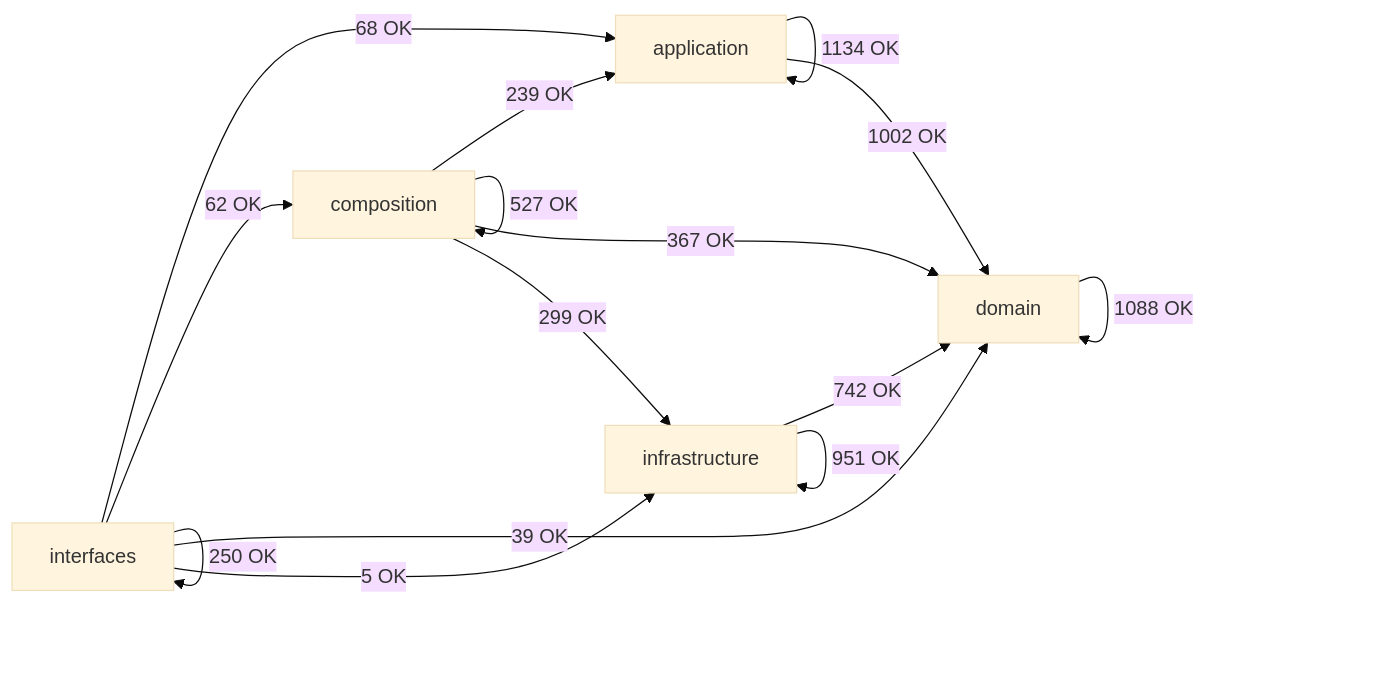
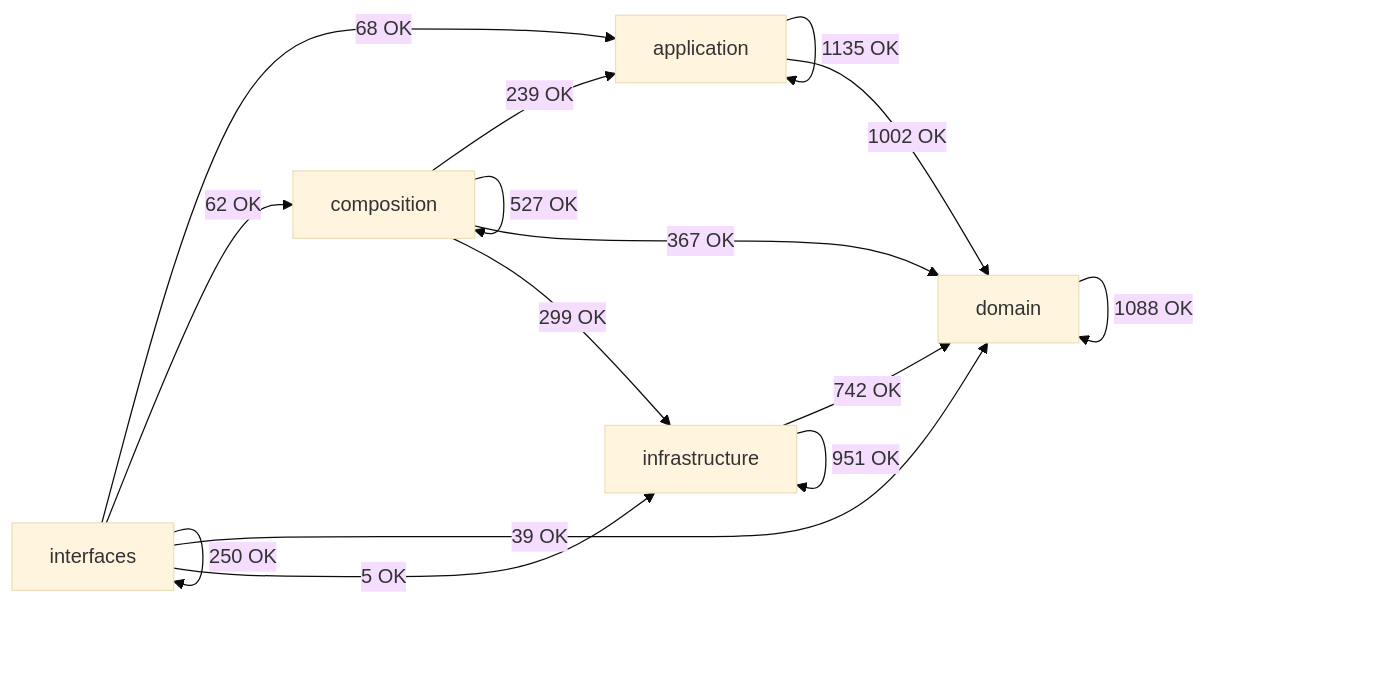
One commit to SatoryKono/BioactivityDataAcquisition changed the diagram in docs/02-architecture/generated/module-dependency-map.md. Above: the diagram before and after it, drawn with Mermaid (base theme). The commit also changed other lines of this file and 28 other files, not shown here.

````diff
--- a/docs/02-architecture/generated/module-dependency-map.md
+++ b/docs/02-architecture/generated/module-dependency-map.md
@@ -17,22 +17,22 @@
 ```mermaid
 flowchart LR
     domain[domain]
     application[application]
     infrastructure[infrastructure]
     composition[composition]
     interfaces[interfaces]
-    application -->|1134 OK| application
+    application -->|1135 OK| application
     application -->|1002 OK| domain
     composition -->|239 OK| application
     composition -->|527 OK| composition
     composition -->|367 OK| domain
     composition -->|299 OK| infrastructure
     domain -->|1088 OK| domain
     infrastructure -->|742 OK| domain
     infrastructure -->|951 OK| infrastructure
     interfaces -->|68 OK| application
     interfaces -->|62 OK| composition
     interfaces -->|39 OK| domain
     interfaces -->|5 OK| infrastructure
     interfaces -->|250 OK| interfaces
 ```
````
